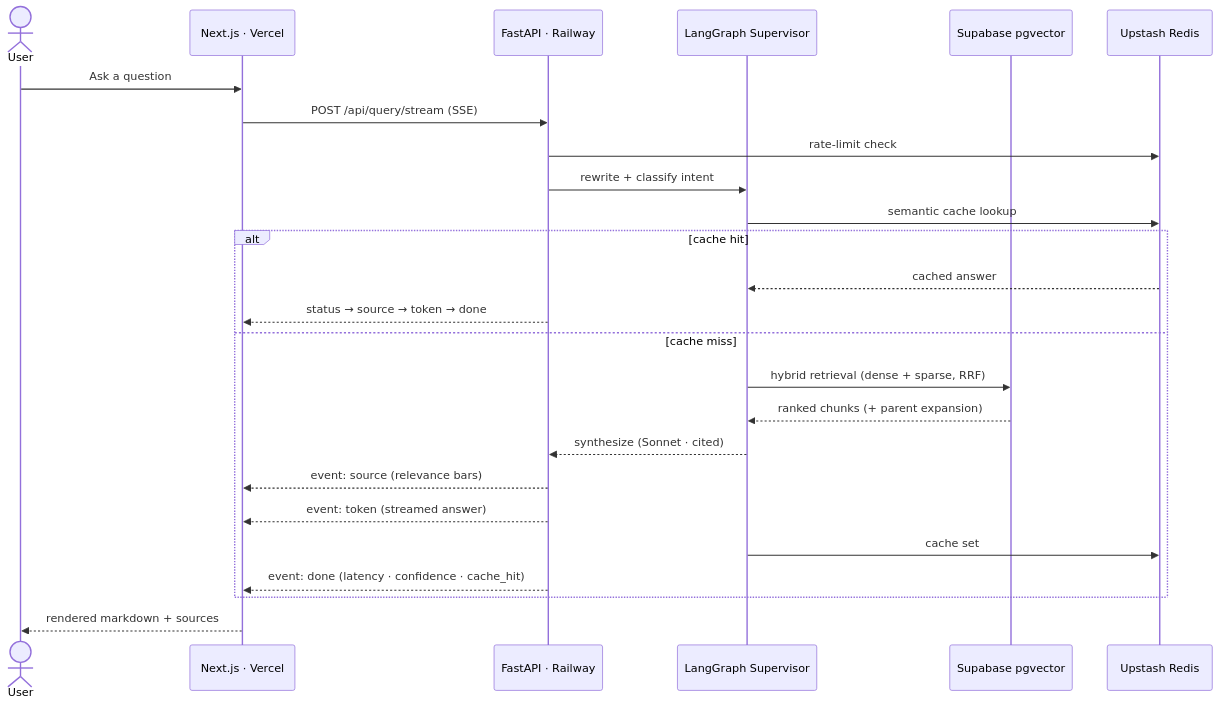
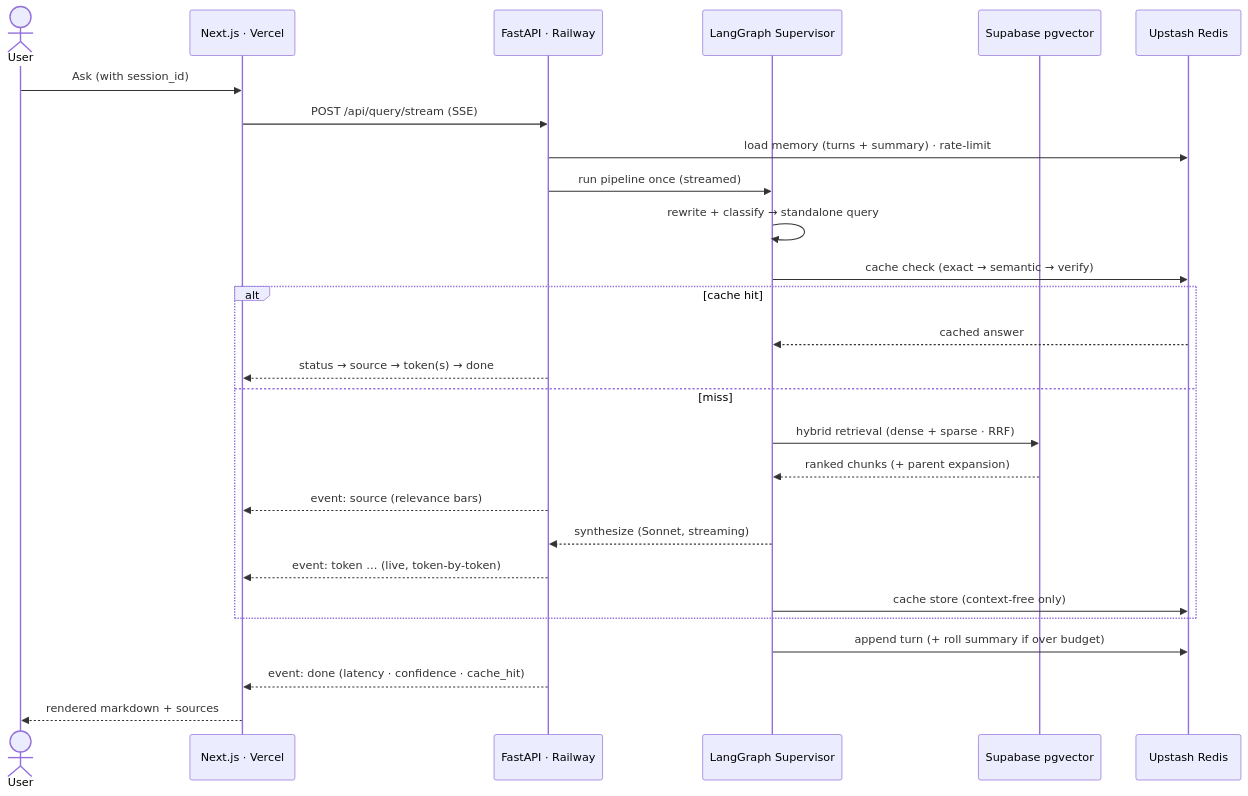
Before and after one commit to maharanasunil1843/harness-engineering-rag: the second of 3 diagrams in README.md, drawn with Mermaid. The commit also changed other lines of this file and 4 other files, not shown here.

````diff
--- a/README.md
+++ b/README.md
@@ -117,30 +118,31 @@
 ```mermaid
 sequenceDiagram
     actor User
     participant FE as Next.js · Vercel
     participant API as FastAPI · Railway
     participant SUP as LangGraph Supervisor
     participant DB as Supabase pgvector
     participant R as Upstash Redis
 
-    User->>FE: Ask a question
+    User->>FE: Ask (with session_id)
     FE->>API: POST /api/query/stream (SSE)
-    API->>R: rate-limit check
-    API->>SUP: rewrite + classify intent
-    SUP->>R: semantic cache lookup
+    API->>R: load memory (turns + summary) · rate-limit
+    API->>SUP: run pipeline once (streamed)
+    SUP->>SUP: rewrite + classify → standalone query
+    SUP->>R: cache check (exact → semantic → verify)
 
     alt cache hit
         R-->>SUP: cached answer
-        API-->>FE: status → source → token → done
-    else cache miss
-        SUP->>DB: hybrid retrieval (dense + sparse, RRF)
+        API-->>FE: status → source → token(s) → done
+    else miss
+        SUP->>DB: hybrid retrieval (dense + sparse · RRF)
         DB-->>SUP: ranked chunks (+ parent expansion)
-        SUP-->>API: synthesize (Sonnet · cited)
         API-->>FE: event: source (relevance bars)
-        API-->>FE: event: token  (streamed answer)
-        SUP->>R: cache set
-        API-->>FE: event: done (latency · confidence · cache_hit)
+        SUP-->>API: synthesize (Sonnet, streaming)
+        API-->>FE: event: token … (live, token-by-token)
+        SUP->>R: cache store (context-free only)
     end
-
+    SUP->>R: append turn (+ roll summary if over budget)
+    API-->>FE: event: done (latency · confidence · cache_hit)
     FE-->>User: rendered markdown + sources
 ```
````
